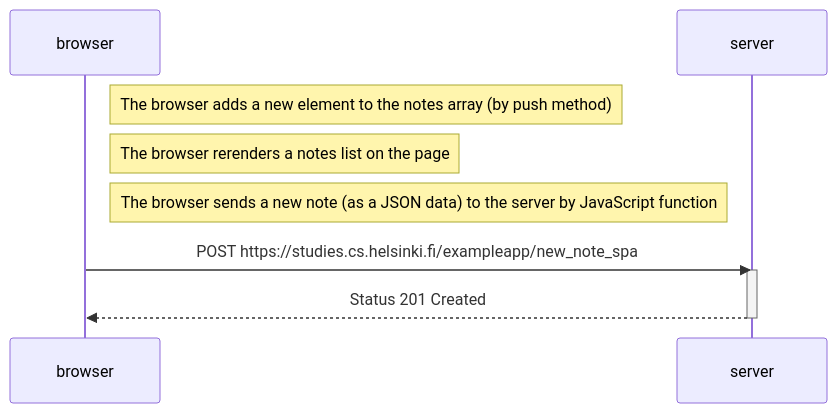
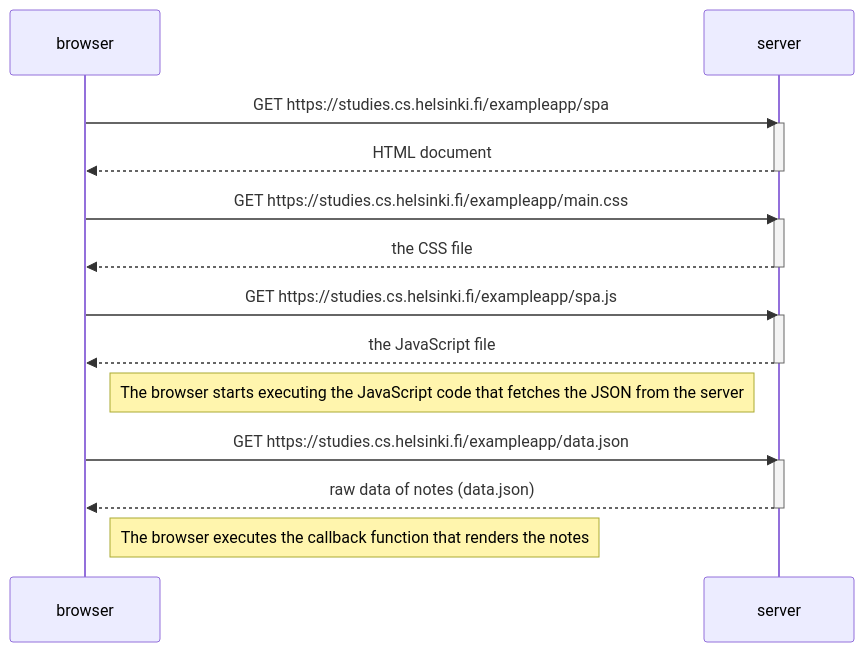
Before and after one commit to edvvarrd/FSO: the diagram in Part 0/spa_diagram/diagram.md, drawn with Mermaid. The commit also changed 1 other file, not shown here.

Commit message:
Changed folders names

````diff
--- a/Part 0/spa_diagram/diagram.md
+++ b/Part 0/spa_diagram/diagram.md
@@ -1,15 +1,29 @@
 ```mermaid
 sequenceDiagram
     participant browser
     participant server
 
-    Note right of browser: The browser adds a new element to the notes array (by push method)
-    Note right of browser: The browser rerenders a notes list on the page
-    Note right of browser: The browser sends a new note (as a JSON data) to the server by JavaScript function
-    browser->>server: POST https://studies.cs.helsinki.fi/exampleapp/new_note_spa
+    browser->>server: GET https://studies.cs.helsinki.fi/exampleapp/spa
     activate server
-    server-->>browser: Status 201 Created
+    server-->>browser: HTML document
     deactivate server
 
+    browser->>server: GET https://studies.cs.helsinki.fi/exampleapp/main.css
+    activate server
+    server-->>browser: the CSS file
+    deactivate server
 
+    browser->>server: GET https://studies.cs.helsinki.fi/exampleapp/spa.js
+    activate server
+    server-->>browser: the JavaScript file
+    deactivate server
+
+    Note right of browser: The browser starts executing the JavaScript code that fetches the JSON from the server
+
+    browser->>server: GET https://studies.cs.helsinki.fi/exampleapp/data.json
+    activate server
+    server-->>browser: raw data of notes (data.json)
+    deactivate server
+
+    Note right of browser: The browser executes the callback function that renders the notes
 ```
````
